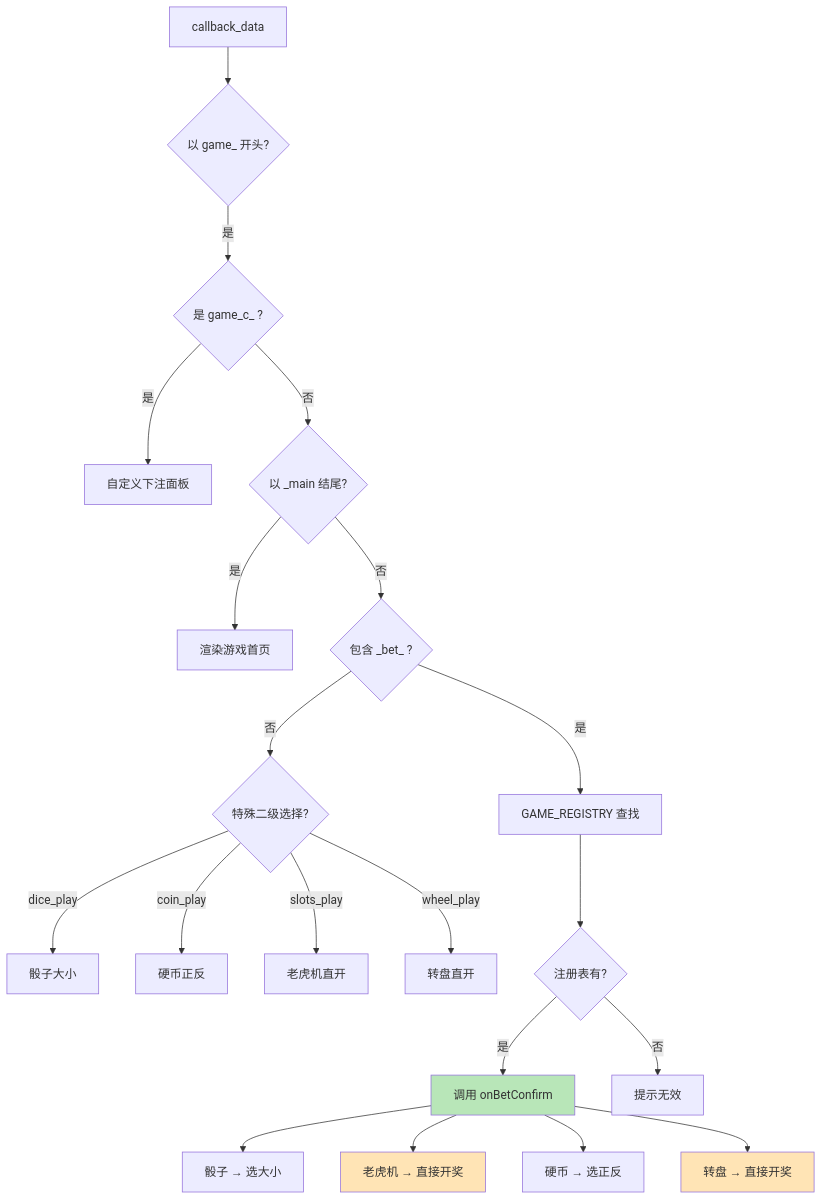
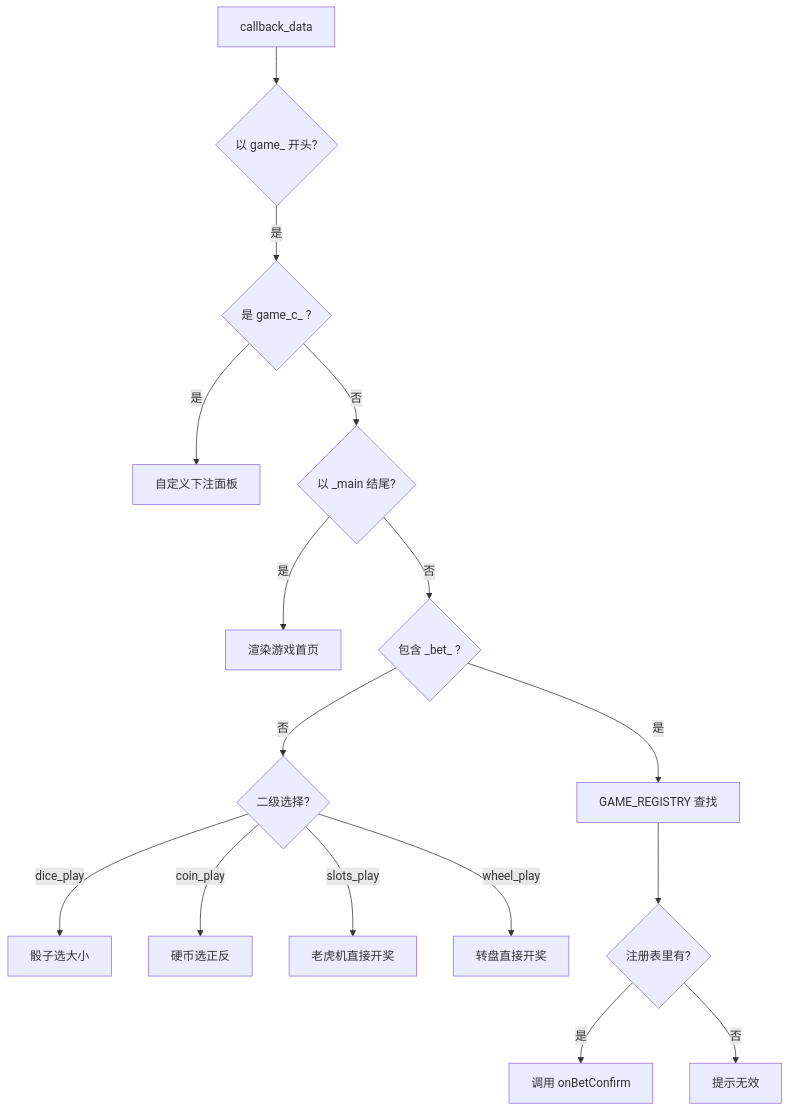
The fourth of 7 diagrams in README.md (ZooolpMoon/tgbot), drawn with Mermaid before and after one commit. The commit also changed other lines of this file and 3 other files, not shown here.

````diff
--- a/README.md
+++ b/README.md
@@ -370,30 +502,19 @@
 ```mermaid
 flowchart TD
-    CB["callback_data"]
-
-    CB --> Check1{以 game_ 开头?}
+    CB["callback_data"] --> Check1{以 game_ 开头?}
     Check1 -->|是| Check2{是 game_c_ ?}
     Check2 -->|是| Custom[自定义下注面板]
     Check2 -->|否| Check3{以 _main 结尾?}
     Check3 -->|是| Main[渲染游戏首页]
     Check3 -->|否| Check4{包含 _bet_ ?}
     Check4 -->|是| Bet[GAME_REGISTRY 查找]
-    Check4 -->|否| Check5{特殊二级选择?}
-    Check5 -->|dice_play| DicePlay[骰子大小]
-    Check5 -->|coin_play| CoinPlay[硬币正反]
-    Check5 -->|slots_play| SlotsPlay[老虎机直开]
-    Check5 -->|wheel_play| WheelPlay[转盘直开]
+    Check4 -->|否| Check5{二级选择?}
+    Check5 -->|dice_play| DicePlay[骰子选大小]
+    Check5 -->|coin_play| CoinPlay[硬币选正反]
+    Check5 -->|slots_play| SlotsPlay[老虎机直接开奖]
+    Check5 -->|wheel_play| WheelPlay[转盘直接开奖]
 
-    Bet --> Reg{注册表有?}
+    Bet --> Reg{注册表里有?}
     Reg -->|是| Dispatch[调用 onBetConfirm]
     Reg -->|否| Invalid[提示无效]
-
-    Dispatch --> D1[骰子 → 选大小]
-    Dispatch --> D2[老虎机 → 直接开奖]
-    Dispatch --> D3[硬币 → 选正反]
-    Dispatch --> D4[转盘 → 直接开奖]
-
-    style Dispatch fill:#b8e6b8
-    style D2 fill:#ffe4b5
-    style D4 fill:#ffe4b5
 ```
````
